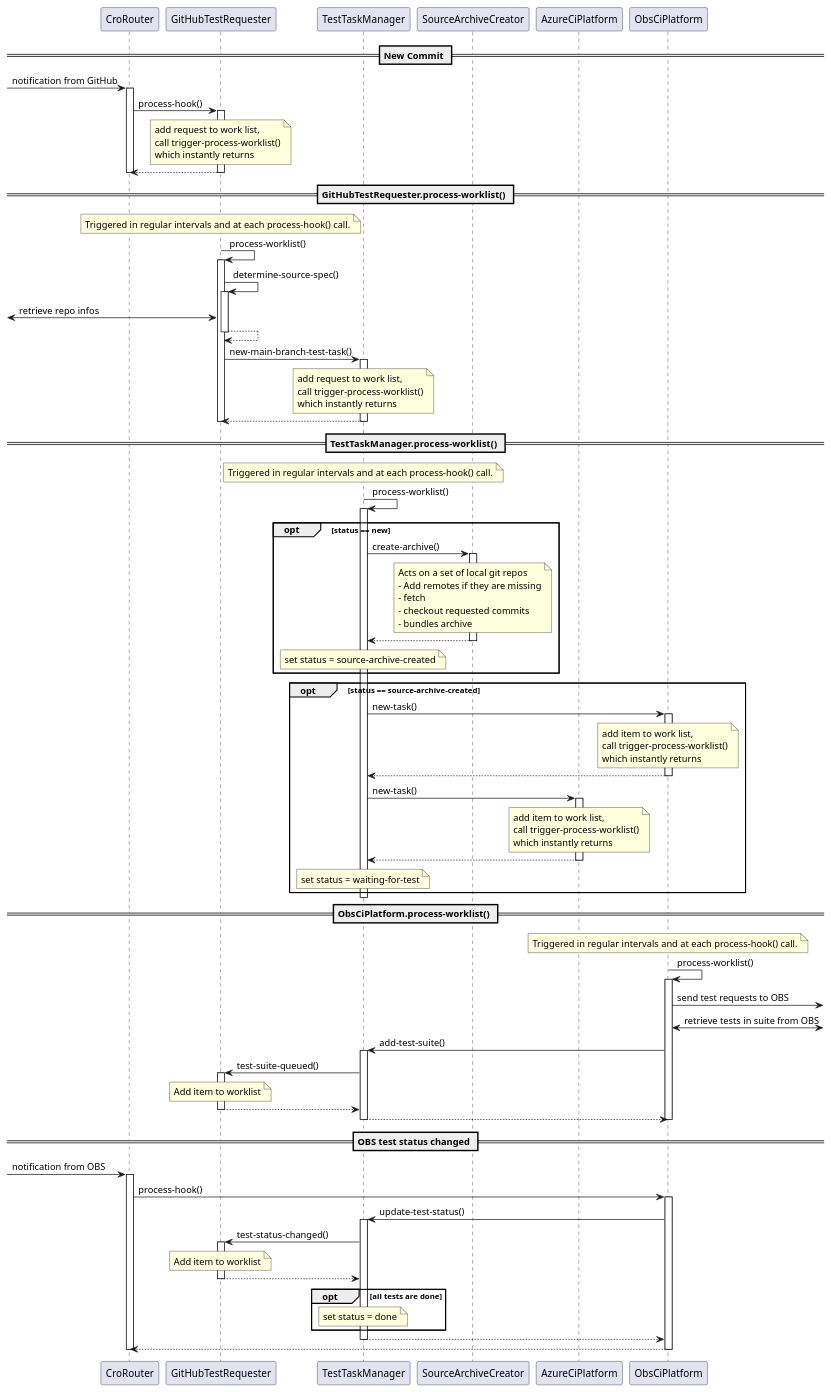
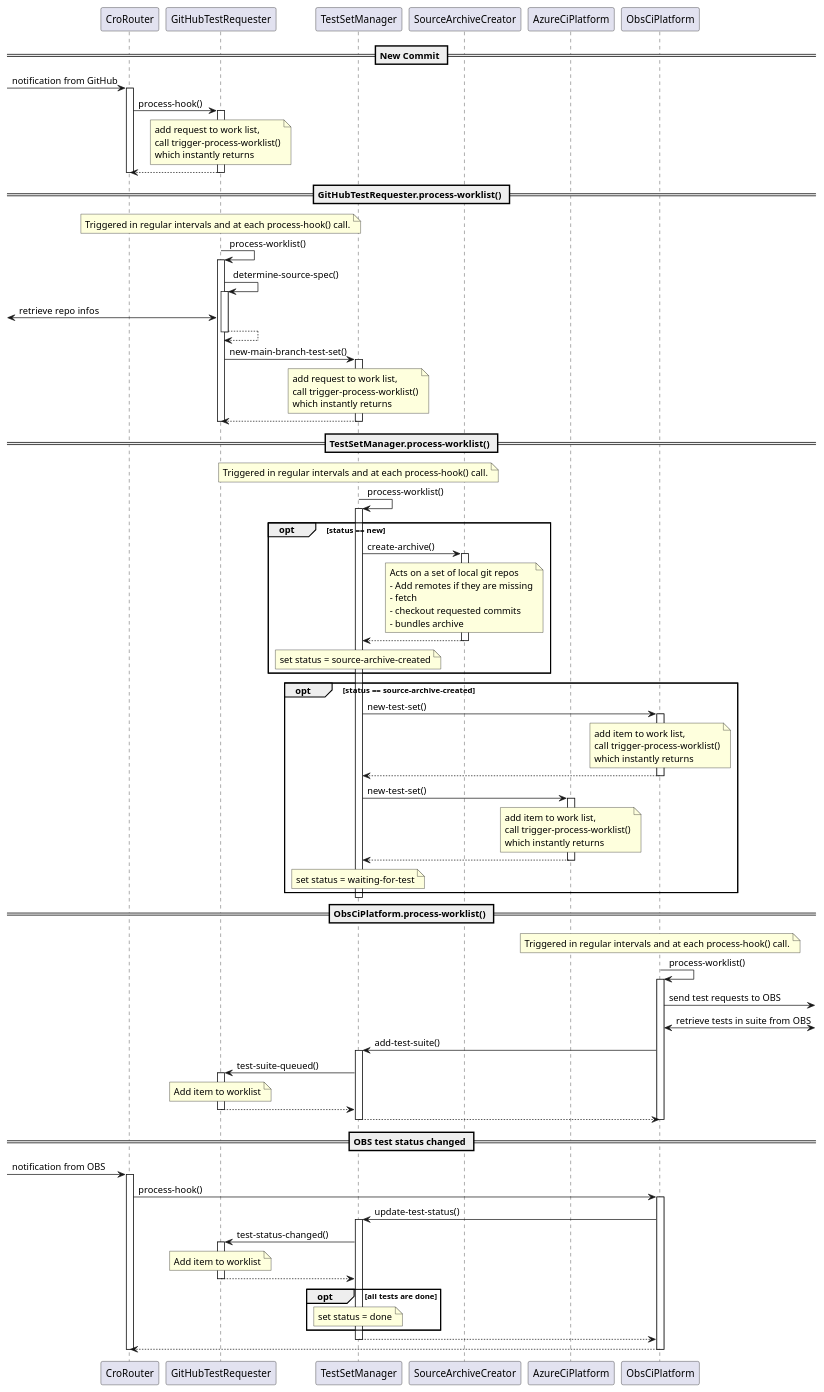
Before and after one commit to Raku/RakudoCIBot: the diagram in docs/information-flow.puml, drawn with PlantUML. The commit also changed 4 other files, not shown here.

```diff
--- a/docs/information-flow.puml
+++ b/docs/information-flow.puml
@@ -1,160 +1,154 @@
 @startuml
 participant CroRouter            As cr
 participant GitHubTestRequester  As gtr
-participant TestTaskManager      As ttm
+participant TestSetManager       As tsm
 participant SourceArchiveCreator As sac
 participant AzureCiPlatform      As acp
 participant ObsCiPlatform        As ocp
 
 == New Commit ==
 
 [-> cr: notification from GitHub
 activate cr
 
 cr -> gtr: process-hook()
 activate gtr
 
 note over gtr
     add request to work list,
     call trigger-process-worklist()
     which instantly returns
 end note
 
 return
 
 deactivate cr
 
 == GitHubTestRequester.process-worklist() ==
 
 note over gtr
 Triggered in regular intervals and at each process-hook() call.
 end note
 
 gtr -> gtr: process-worklist()
 activate gtr
 
 gtr -> gtr: determine-source-spec()
 activate gtr
 [<-> gtr: retrieve repo infos
 return
 
-gtr -> ttm: new-main-branch-test-task()
-activate ttm
+gtr -> tsm: new-main-branch-test-set()
+activate tsm
 
-note over ttm
+note over tsm
     add request to work list,
     call trigger-process-worklist()
     which instantly returns
 end note
 
 return
 
 
 deactivate gtr
 
-== TestTaskManager.process-worklist() ==
+== TestSetManager.process-worklist() ==
 
-note over ttm
+note over tsm
     Triggered in regular intervals and at each process-hook() call.
 end note
 
-ttm -> ttm: process-worklist()
-activate ttm
-
-'    if status == new
-'        SourceArchiveCreator.create-archive(:$rakudo-repo, :$rakudo-commit-sha, :$nqp-repo, :$nqp-commit-sha, :$moar-repo, :$moar-commit-sha)
-'        $_.new-task() for @test-task-listeners
-'    if status == testing
-'        if all test platforms are done, set to done (this should never happen)
+tsm -> tsm: process-worklist()
+activate tsm
 
 opt status == new
-    ttm -> sac: create-archive()
+    tsm -> sac: create-archive()
     activate sac
         note over sac
             Acts on a set of local git repos
             - Add remotes if they are missing
             - fetch
             - checkout requested commits
             - bundles archive
         end note
     return
-    note over ttm: set status = source-archive-created
+    note over tsm: set status = source-archive-created
 end
 opt status == source-archive-created
 
-    ttm -> ocp: new-task()
+    tsm -> ocp: new-test-set()
     activate ocp
         note over ocp
             add item to work list,
             call trigger-process-worklist()
             which instantly returns
         end note
     return
 
-    ttm -> acp: new-task()
+    tsm -> acp: new-test-set()
     activate acp
         note over acp
             add item to work list,
             call trigger-process-worklist()
             which instantly returns
         end note
     return
 
-    note over ttm: set status = waiting-for-test
+    note over tsm: set status = waiting-for-test
 
 end
 
-deactivate ttm
+deactivate tsm
 
 == ObsCiPlatform.process-worklist() ==
 
 note over ocp
 Triggered in regular intervals and at each process-hook() call.
 end note
 
 ocp -> ocp: process-worklist()
 activate ocp
 
 ]<- ocp: send test requests to OBS
 
 ]<-> ocp: retrieve tests in suite from OBS
 
-ocp -> ttm: add-test-suite()
-activate ttm
+ocp -> tsm: add-test-suite()
+activate tsm
 
-ttm -> gtr: test-suite-queued()
+tsm -> gtr: test-suite-queued()
 activate gtr
 note over gtr: Add item to worklist
 return
 
 return
 
 deactivate ocp
 
 == OBS test status changed ==
 
 [-> cr: notification from OBS
 activate cr
 
     cr -> ocp: process-hook()
     activate ocp
 
-        ocp -> ttm: update-test-status()
-        activate ttm
+        ocp -> tsm: update-test-status()
+        activate tsm
 
-            ttm -> gtr: test-status-changed()
+            tsm -> gtr: test-status-changed()
             activate gtr
                 note over gtr: Add item to worklist
             return
             
             opt all tests are done
-                note over ttm: set status = done
+                note over tsm: set status = done
             end
 
         return
 
     return
 
 deactivate cr
 
 @enduml
```
